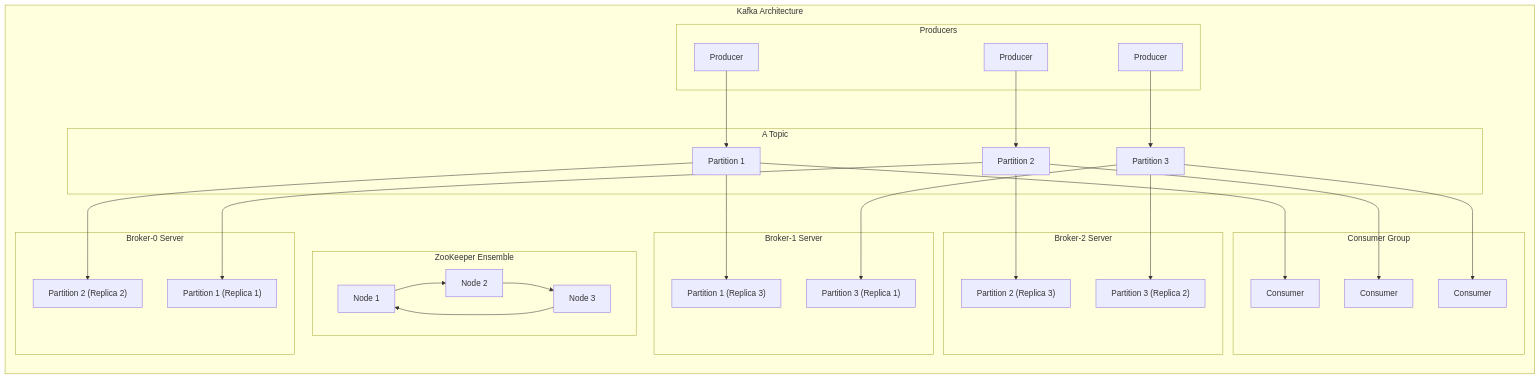
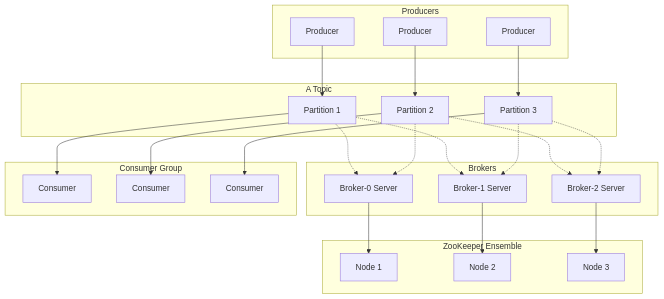
The diagram in Detail_Design.md (007chiragshah/tucana), drawn with Mermaid before and after one commit.

````diff
--- a/Detail_Design.md
+++ b/Detail_Design.md
@@ -30,66 +30,55 @@
 ```mermaid
-graph LR
-    subgraph "Kafka Architecture"
-        subgraph "A Topic"
-            Partition1["Partition 1"]
-            Partition2["Partition 2"]
-            Partition3["Partition 3"]
-        end
-
-        subgraph "Broker-0 Server"
-            P1R2["Partition 2 (Replica 2)"]
-            P2R1["Partition 1 (Replica 1)"]
-        end
-        
-        subgraph "Broker-1 Server"
-            P1R3["Partition 1 (Replica 3)"]
-            P3R1["Partition 3 (Replica 1)"]
-        end
-
-        subgraph "Broker-2 Server"
-            P2R3["Partition 2 (Replica 3)"]
-            P3R2["Partition 3 (Replica 2)"]
-        end
-
-        subgraph "ZooKeeper Ensemble"
-            Node1["Node 1"]
-            Node2["Node 2"]
-            Node3["Node 3"]
-        end
-
-        subgraph "Consumer Group"
-            Consumer1["Consumer"]
-            Consumer2["Consumer"]
-            Consumer3["Consumer"]
-        end
-
-        subgraph Producers
-            Producer1["Producer"]
-            Producer2["Producer"]
-            Producer3["Producer"]
-        end
+graph TD
+    subgraph Producers
+        Producer1["Producer"]
+        Producer2["Producer"]
+        Producer3["Producer"]
     end
 
-    %% Connections between Producers and Partitions
+    subgraph "A Topic"
+        Partition1["Partition 1"]
+        Partition2["Partition 2"]
+        Partition3["Partition 3"]
+    end
+
+    subgraph Brokers
+        Broker0["Broker-0 Server"]
+        Broker1["Broker-1 Server"]
+        Broker2["Broker-2 Server"]
+    end
+
+    subgraph "ZooKeeper Ensemble"
+        Node1["Node 1"]
+        Node2["Node 2"]
+        Node3["Node 3"]
+    end
+
+    subgraph "Consumer Group"
+        Consumer1["Consumer"]
+        Consumer2["Consumer"]
+        Consumer3["Consumer"]
+    end
+
+    %% Producers to Partitions
     Producer1 --> Partition1
     Producer2 --> Partition2
     Producer3 --> Partition3
 
     %% Partitions to Brokers
-    Partition1 --> P1R2
-    Partition1 --> P1R3
-    Partition2 --> P2R1
-    Partition2 --> P2R3
-    Partition3 --> P3R1
-    Partition3 --> P3R2
+    Partition1 -.-> Broker0
+    Partition1 -.-> Broker1
+    Partition2 -.-> Broker0
+    Partition2 -.-> Broker2
+    Partition3 -.-> Broker1
+    Partition3 -.-> Broker2
 
-    %% Consumers to Partitions
+    %% Brokers to ZooKeeper
+    Broker0 --> Node1
+    Broker1 --> Node2
+    Broker2 --> Node3
+
+    %% Partitions to Consumers
     Partition1 --> Consumer1
     Partition2 --> Consumer2
     Partition3 --> Consumer3
-
-    %% ZooKeeper Ensemble
-    Node1 --> Node2
-    Node2 --> Node3
-    Node3 --> Node1 
 ```
````
